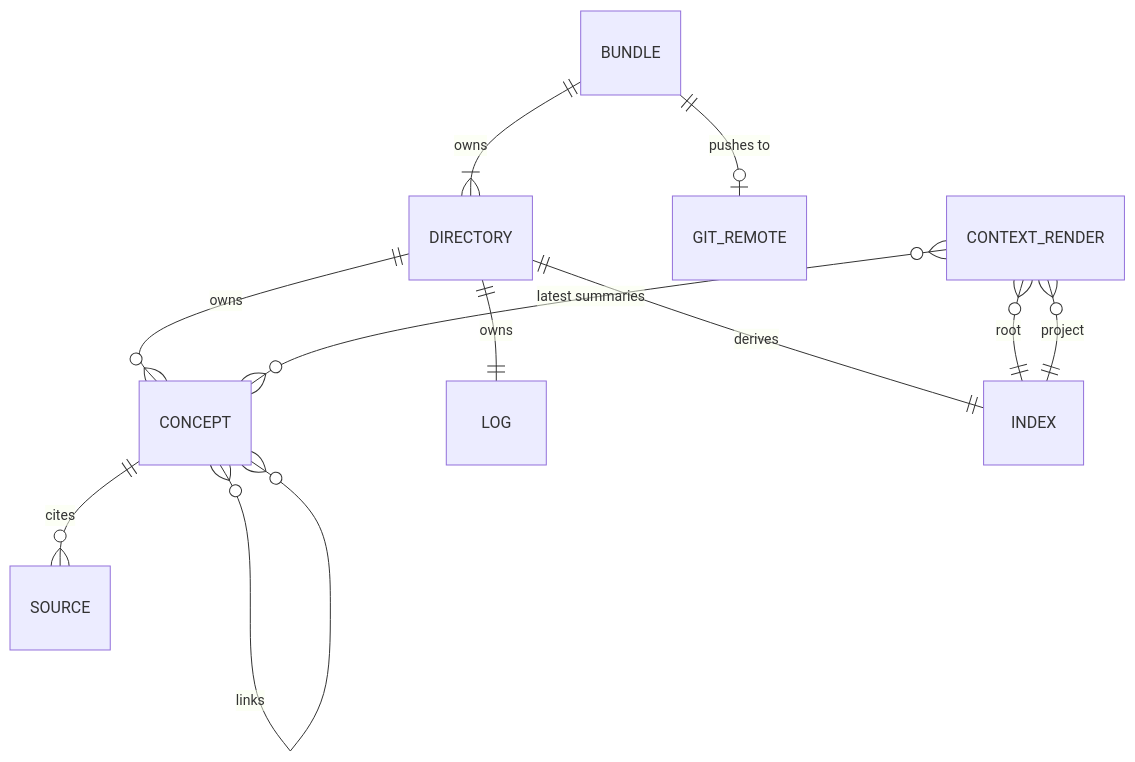
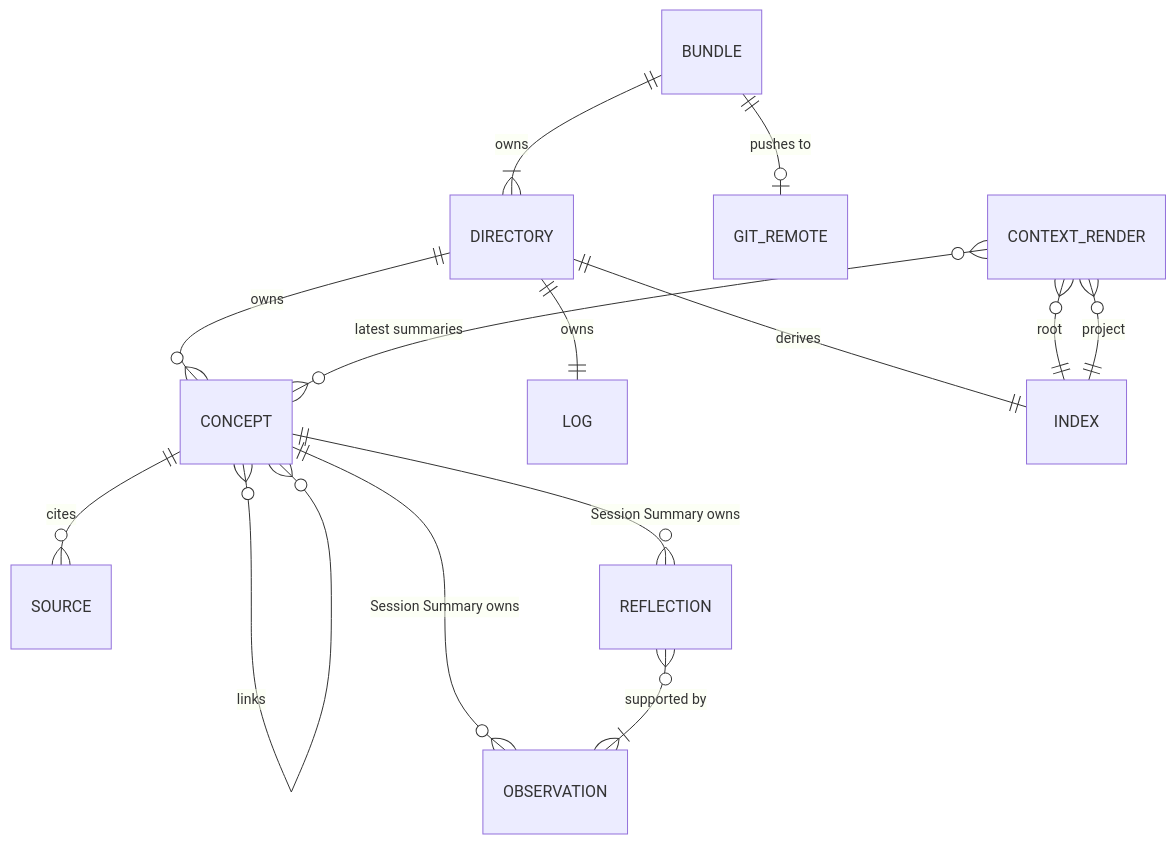
The third of 4 diagrams in docs/specs/memory-domain-model.md (Aeryx-ai/memory), drawn with Mermaid before and after one commit. The commit also changed other lines of this file and 2 other files, not shown here.

Commit message:
docs: Session Summary carries append-only observations and distilled reflections; recall by id

````diff
--- a/docs/specs/memory-domain-model.md
+++ b/docs/specs/memory-domain-model.md
@@ -277,13 +318,16 @@
 ```mermaid
 erDiagram
     BUNDLE ||--|{ DIRECTORY : owns
     BUNDLE ||--o| GIT_REMOTE : "pushes to"
     DIRECTORY ||--o{ CONCEPT : owns
     DIRECTORY ||--|| LOG : owns
     DIRECTORY ||--|| INDEX : "derives"
     CONCEPT ||--o{ SOURCE : cites
     CONCEPT }o--o{ CONCEPT : links
     CONTEXT_RENDER }o--|| INDEX : "root"
     CONTEXT_RENDER }o--|| INDEX : "project"
     CONTEXT_RENDER }o--o{ CONCEPT : "latest summaries"
+    CONCEPT ||--o{ OBSERVATION : "Session Summary owns"
+    CONCEPT ||--o{ REFLECTION : "Session Summary owns"
+    REFLECTION }o--|{ OBSERVATION : "supported by"
 ```
````
